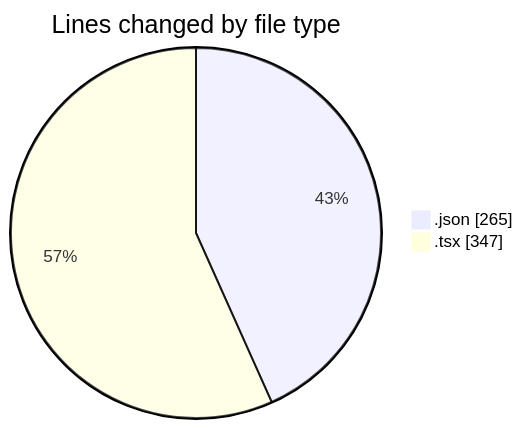
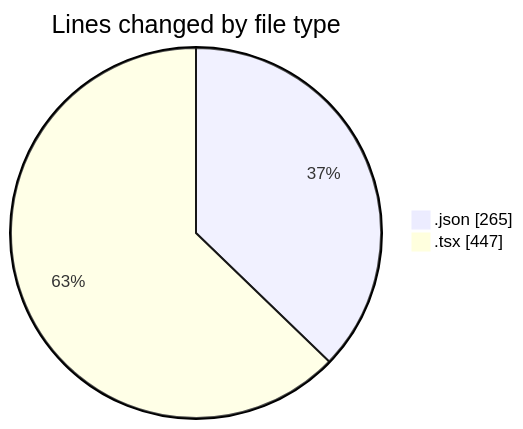
One commit to momahboobian/code-tracking changed the first of 2 diagrams in 2026-04-22/cda/README.md. Above: the diagram before and after it, drawn with Mermaid. The commit also changed other lines of this file and 1 other file, not shown here.

````diff
--- a/2026-04-22/cda/README.md
+++ b/2026-04-22/cda/README.md
@@ -24,6 +24,6 @@
 ```mermaid
 pie showData
 title Lines changed by file type
 ".json" : 265
-".tsx" : 347
+".tsx" : 447
 ```
````
